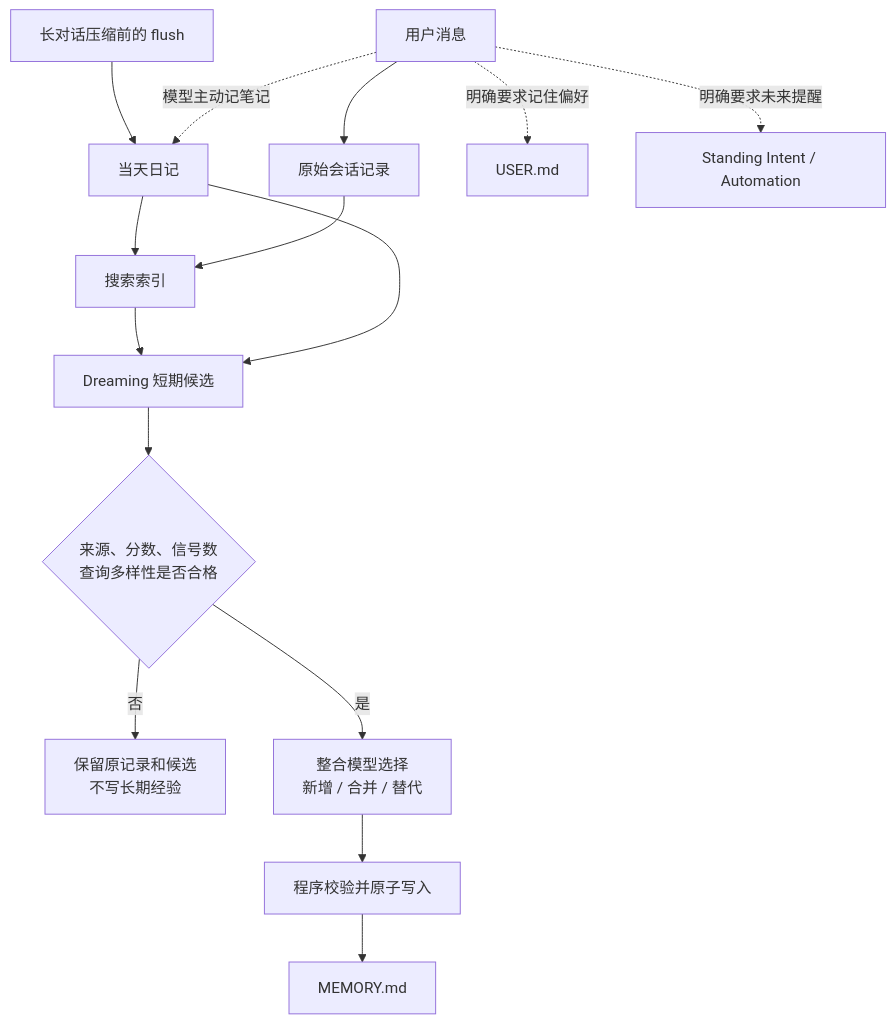
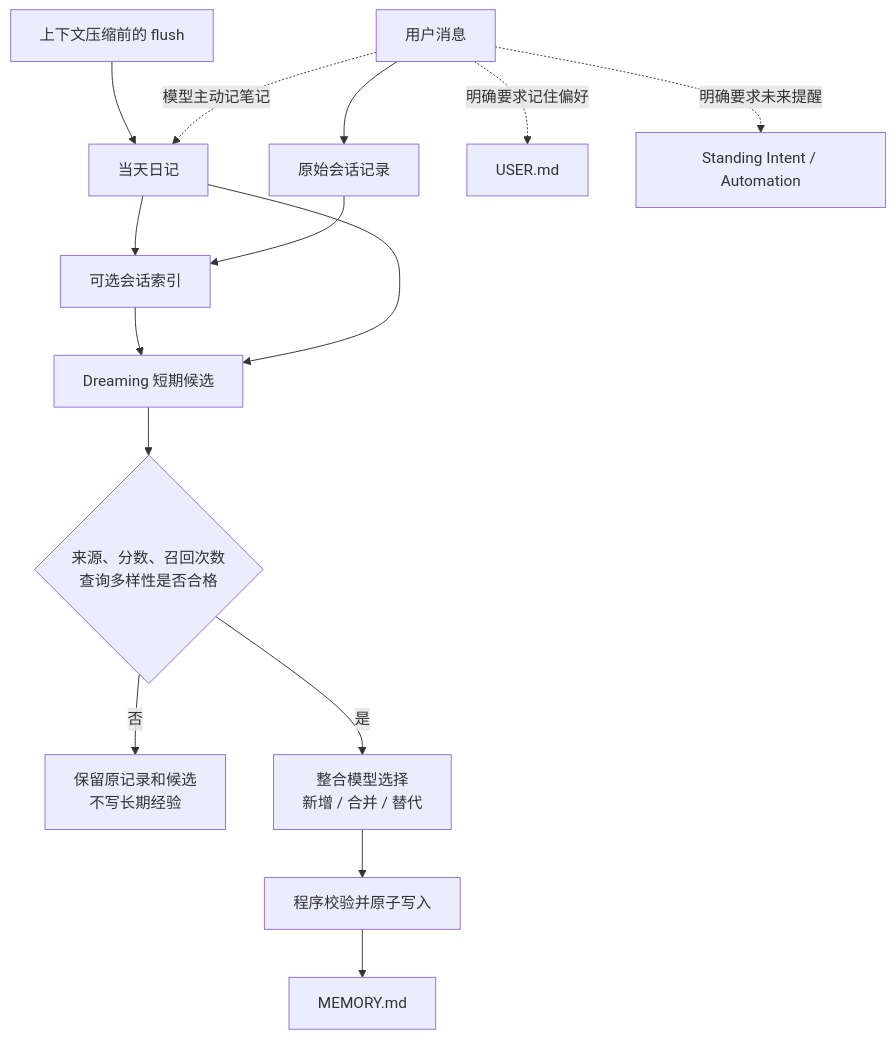
Before and after one commit to ALVIN-YANG/alvin-notes: the second of 5 diagrams in src/content/docs/claw/openclaw/9-memory-system-deep-dive.md, drawn with Mermaid. The commit also changed other lines of this file, not shown here.

````diff
--- a/src/content/docs/claw/openclaw/9-memory-system-deep-dive.md
+++ b/src/content/docs/claw/openclaw/9-memory-system-deep-dive.md
@@ -49,17 +93,17 @@
 ```mermaid
 flowchart TD
   U["用户消息"] --> T["原始会话记录"]
-  T --> I["搜索索引"]
+  T --> I["可选会话索引"]
   U -. "模型主动记笔记" .-> D["当天日记"]
-  F["长对话压缩前的 flush"] --> D
+  F["上下文压缩前的 flush"] --> D
   D --> I
   D --> S["Dreaming 短期候选"]
   I --> S
-  S --> G{"来源、分数、信号数<br/>查询多样性是否合格"}
+  S --> G{"来源、分数、召回次数<br/>查询多样性是否合格"}
   G -->|否| X["保留原记录和候选<br/>不写长期经验"]
   G -->|是| C["整合模型选择<br/>新增 / 合并 / 替代"]
   C --> V["程序校验并原子写入"]
   V --> M["MEMORY.md"]
   U -. "明确要求记住偏好" .-> P["USER.md"]
   U -. "明确要求未来提醒" .-> A["Standing Intent / Automation"]
 ```
````
